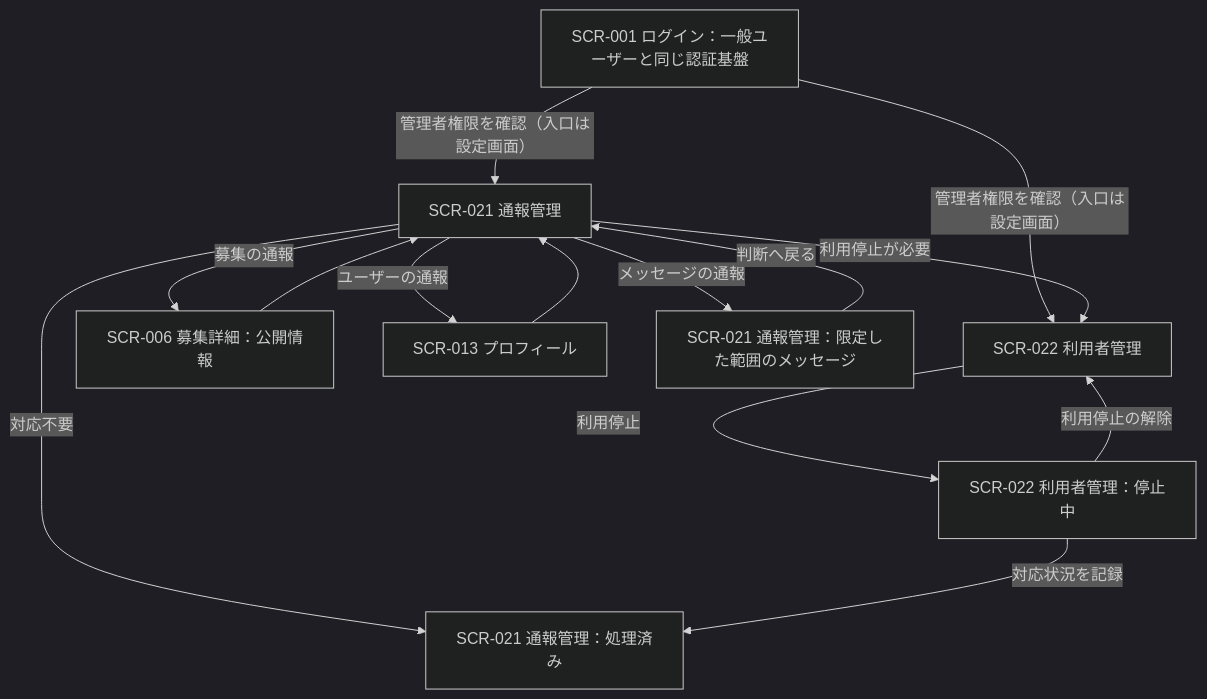
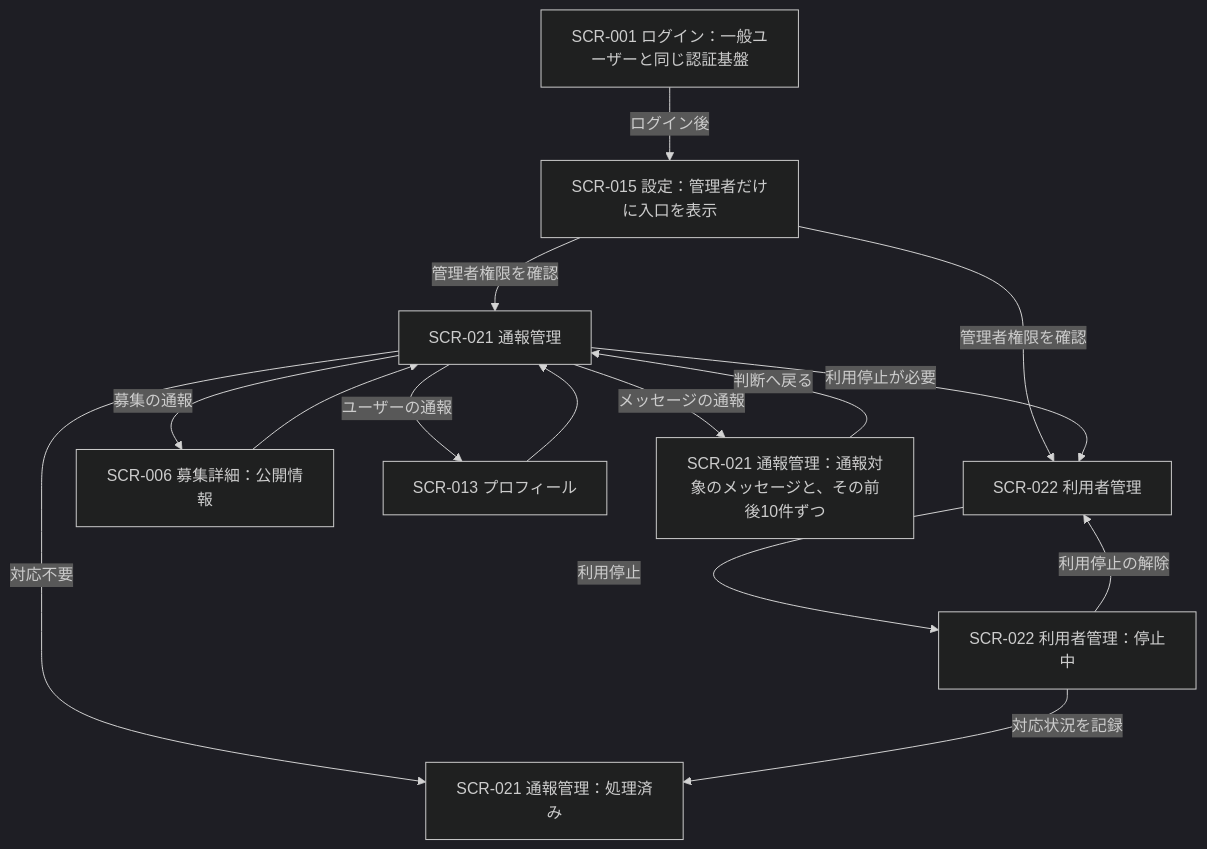
One commit to sysnovastudio-byte/nagoya-volleyball-matching changed the seventh of 8 diagrams in docs/10_画面一覧.md. Above: the diagram before and after it, drawn with Mermaid (dark theme). The commit also changed other lines of this file, not shown here.

Commit message:
docs: 画面一覧の遷移図とメッセージ閲覧範囲の表現を修正

````diff
--- a/docs/10_画面一覧.md
+++ b/docs/10_画面一覧.md
@@ -370,16 +371,17 @@
 ```mermaid
 flowchart TD
-    G1["SCR-001 ログイン：一般ユーザーと同じ認証基盤"] -->|"管理者権限を確認（入口は設定画面）"| G2["SCR-021 通報管理"]
-    G1 -->|"管理者権限を確認（入口は設定画面）"| G5["SCR-022 利用者管理"]
+    G1["SCR-001 ログイン：一般ユーザーと同じ認証基盤"] -->|"ログイン後"| G0["SCR-015 設定：管理者だけに入口を表示"]
+    G0 -->|"管理者権限を確認"| G2["SCR-021 通報管理"]
+    G0 -->|"管理者権限を確認"| G5["SCR-022 利用者管理"]
     G2 -->|"募集の通報"| G3["SCR-006 募集詳細：公開情報"]
     G2 -->|"ユーザーの通報"| G4["SCR-013 プロフィール"]
-    G2 -->|"メッセージの通報"| G6["SCR-021 通報管理：限定した範囲のメッセージ"]
+    G2 -->|"メッセージの通報"| G6["SCR-021 通報管理：通報対象のメッセージと、その前後10件ずつ"]
     G3 --> G2
     G4 --> G2
     G6 -->|"判断へ戻る"| G2
     G2 -->|"対応不要"| G7["SCR-021 通報管理：処理済み"]
     G2 -->|"利用停止が必要"| G5
     G5 -->|"利用停止"| G8["SCR-022 利用者管理：停止中"]
     G8 -->|"利用停止の解除"| G5
     G8 -->|"対応状況を記録"| G7
 ```
````
